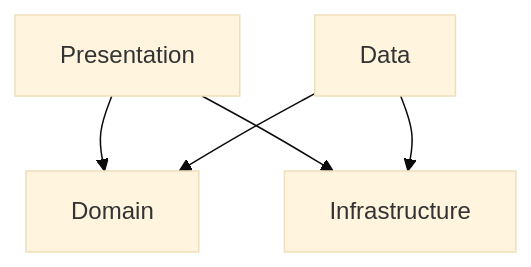
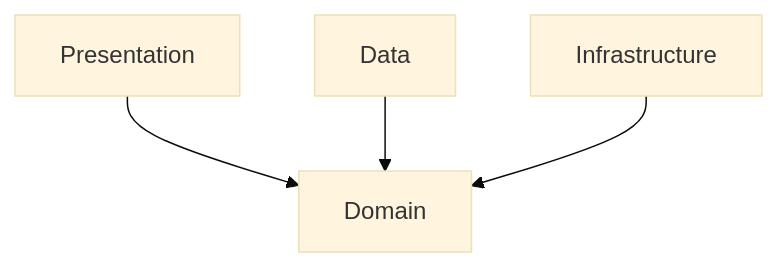
The diagram in README.md (ty-kim/KakaoImageSearch), drawn with Mermaid (base theme) before and after one commit. The commit also changed other lines of this file and 19 other files, not shown here.

First line of the commit message:
refactor: Presentation·Data → Infrastructure 직접 의존 제거로 Clean Architecture   의존 규칙 준수

````diff
--- a/README.md
+++ b/README.md
@@ -39,7 +42,6 @@
 ```mermaid
 graph TD
     Presentation --> Domain
     Data --> Domain
-    Presentation --> Infrastructure
-    Data --> Infrastructure
+    Infrastructure --> Domain
 ```
````
